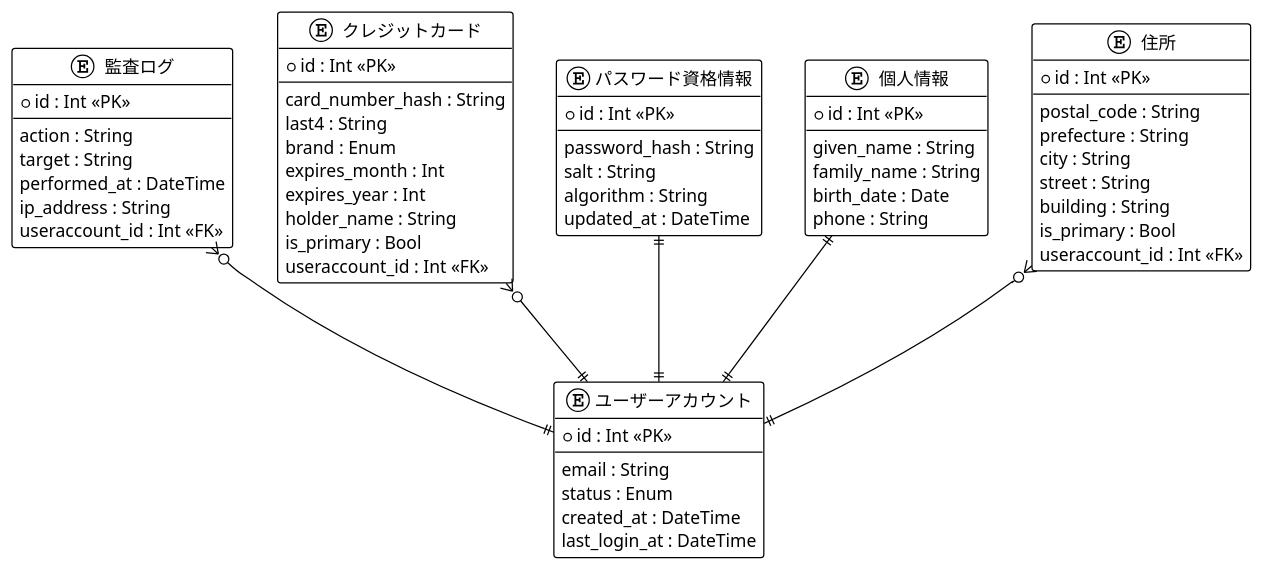
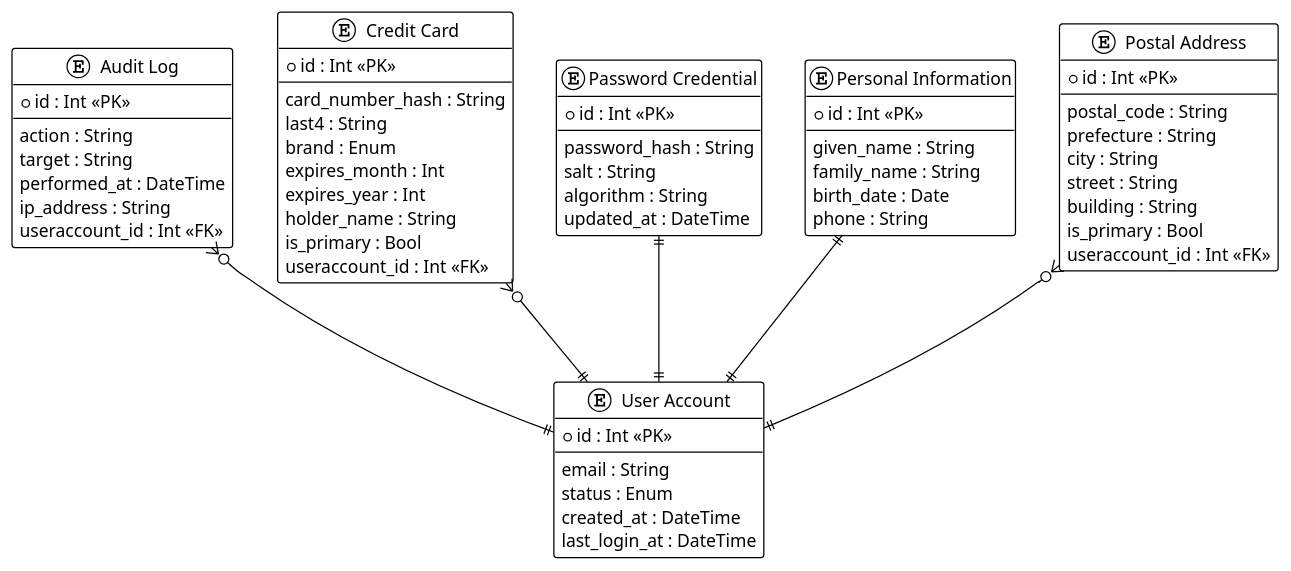
Before and after one commit to manji-0/rdra-ish-dsl: the diagram in samples/personal-info/out/er.puml, drawn with PlantUML. The commit also changed 97 other files, not shown here.

```diff
--- a/samples/personal-info/out/er.puml
+++ b/samples/personal-info/out/er.puml
@@ -1,66 +1,66 @@
 @startuml
 !theme plain
 
-entity "監査ログ" as AuditLog {
+entity "Audit Log" as AuditLog {
   *id : Int <<PK>>
   --
   action : String
   target : String
   performed_at : DateTime
   ip_address : String
   useraccount_id : Int <<FK>>
 }
-entity "クレジットカード" as CreditCard {
+entity "Credit Card" as CreditCard {
   *id : Int <<PK>>
   --
   card_number_hash : String
   last4 : String
   brand : Enum
   expires_month : Int
   expires_year : Int
   holder_name : String
   is_primary : Bool
   useraccount_id : Int <<FK>>
 }
-entity "パスワード資格情報" as PasswordCredential {
+entity "Password Credential" as PasswordCredential {
   *id : Int <<PK>>
   --
   password_hash : String
   salt : String
   algorithm : String
   updated_at : DateTime
 }
-entity "個人情報" as PersonalInfo {
+entity "Personal Information" as PersonalInfo {
   *id : Int <<PK>>
   --
   given_name : String
   family_name : String
   birth_date : Date
   phone : String
 }
-entity "住所" as PostalAddress {
+entity "Postal Address" as PostalAddress {
   *id : Int <<PK>>
   --
   postal_code : String
   prefecture : String
   city : String
   street : String
   building : String
   is_primary : Bool
   useraccount_id : Int <<FK>>
 }
-entity "ユーザーアカウント" as UserAccount {
+entity "User Account" as UserAccount {
   *id : Int <<PK>>
   --
   email : String
   status : Enum
   created_at : DateTime
   last_login_at : DateTime
 }
 
 PersonalInfo ||--|| UserAccount : ""
 PostalAddress }o--|| UserAccount : ""
 CreditCard }o--|| UserAccount : ""
 PasswordCredential ||--|| UserAccount : ""
 AuditLog }o--|| UserAccount : ""
 @enduml
```
